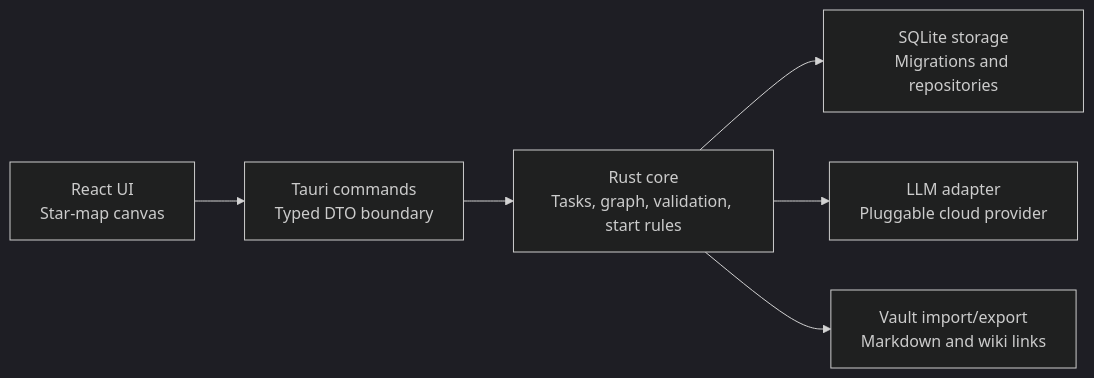
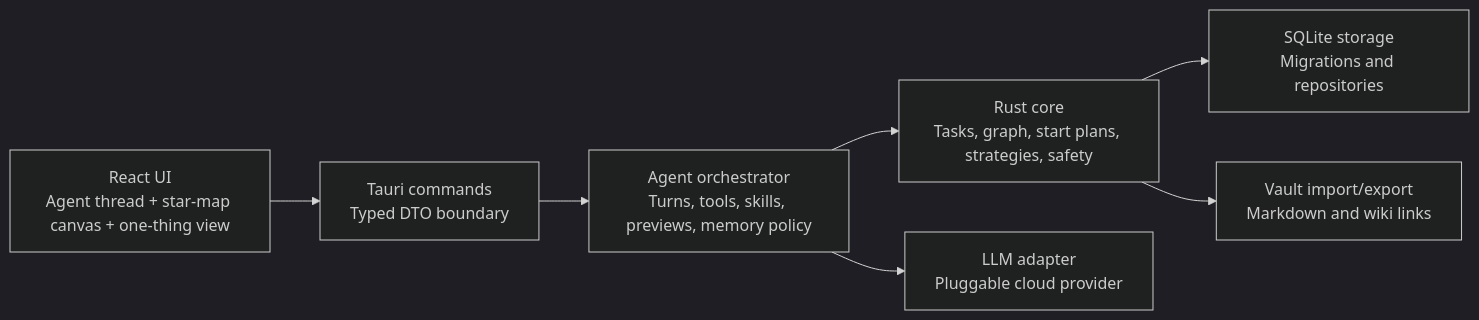
The diagram in docs/architecture.md (AirSodaz/MindLattice), drawn with Mermaid (dark theme) before and after one commit. The commit also changed other lines of this file and 9 other files, not shown here.

````diff
--- a/docs/architecture.md
+++ b/docs/architecture.md
@@ -11,8 +23,9 @@
 ```mermaid
 flowchart LR
-  React["React UI\nStar-map canvas"] --> Commands["Tauri commands\nTyped DTO boundary"]
-  Commands --> Core["Rust core\nTasks, graph, validation, start rules"]
+  React["React UI\nAgent thread + star-map canvas + one-thing view"] --> Commands["Tauri commands\nTyped DTO boundary"]
+  Commands --> Agent["Agent orchestrator\nTurns, tools, skills, previews, memory policy"]
+  Agent --> Core["Rust core\nTasks, graph, start plans, strategies, safety"]
+  Agent --> LLM["LLM adapter\nPluggable cloud provider"]
   Core --> Storage["SQLite storage\nMigrations and repositories"]
-  Core --> AI["LLM adapter\nPluggable cloud provider"]
   Core --> Vault["Vault import/export\nMarkdown and wiki links"]
 ```
````
